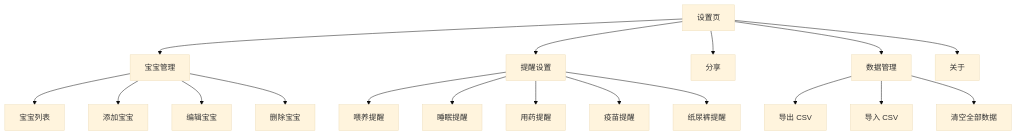
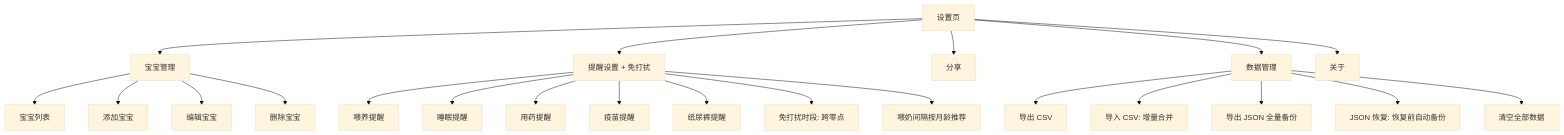
Diagram 12 of 13 in BUSINESS.md (LostBeanBun/babysitter-react), drawn with Mermaid (base theme) before and after one commit. The commit also changed other lines of this file and 2 other files, not shown here.

````diff
--- a/BUSINESS.md
+++ b/BUSINESS.md
@@ -435,23 +487,27 @@
 ```mermaid
 graph TD
     SET[设置页] --> BABY[宝宝管理]
-    SET --> REMIND[提醒设置]
+    SET --> REMIND[提醒设置 + 免打扰]
     SET --> SHARE[分享]
     SET --> DATA[数据管理]
     SET --> ABOUT[关于]
 
     BABY --> BL[宝宝列表]
     BABY --> BA[添加宝宝]
     BABY --> BE[编辑宝宝]
     BABY --> BD[删除宝宝]
 
     REMIND --> RF[喂养提醒]
     REMIND --> RS[睡眠提醒]
     REMIND --> RM[用药提醒]
     REMIND --> RV[疫苗提醒]
     REMIND --> RD[纸尿裤提醒]
+    REMIND --> RQ[免打扰时段: 跨零点]
+    REMIND --> RR[喂奶间隔按月龄推荐]
 
     DATA --> DE[导出 CSV]
-    DATA --> DI[导入 CSV]
+    DATA --> DI[导入 CSV: 增量合并]
+    DATA --> DJE[导出 JSON 全量备份]
+    DATA --> DJI[JSON 恢复: 恢复前自动备份]
     DATA --> DC[清空全部数据]
 ```
````
